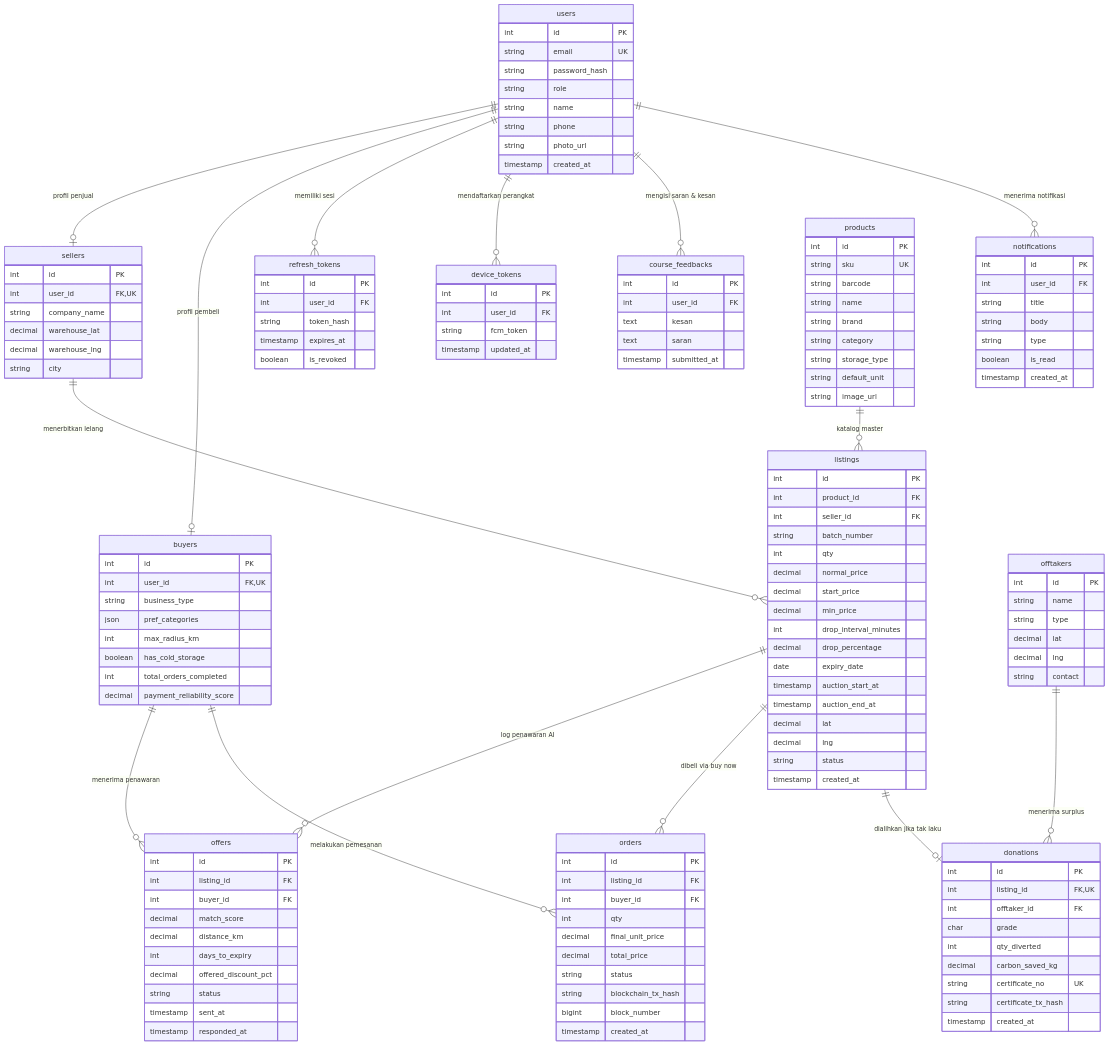
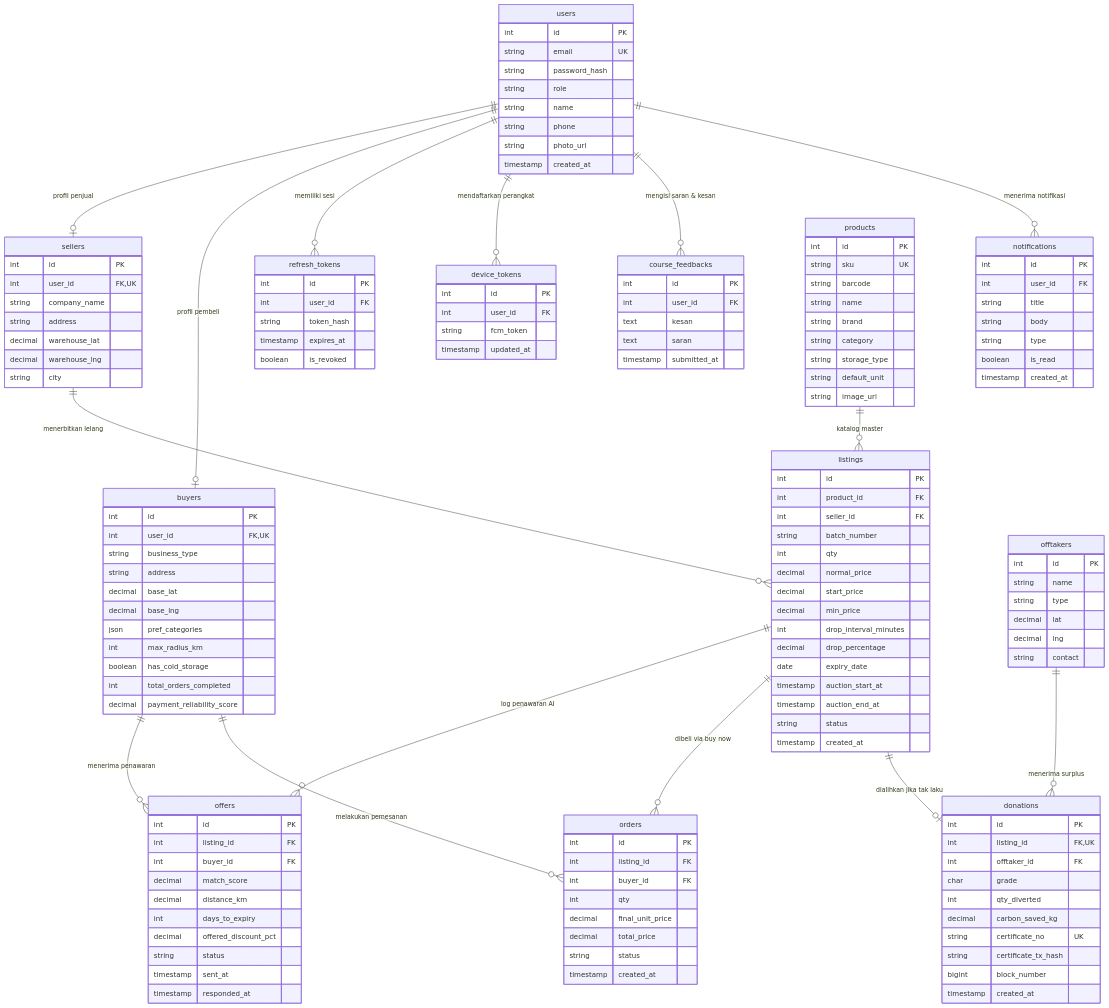
One commit to ardiw1123/recovera changed the diagram in docs/recovera-database-schema.md. Above: the diagram before and after it, drawn with Mermaid. The commit also changed other lines of this file and 86 other files, not shown here.

Commit message:
docs: update prd & schema

```diff
--- a/docs/recovera-database-schema.md
+++ b/docs/recovera-database-schema.md
@@ -49,6 +49,7 @@
         int id PK
         int user_id FK,UK
         string company_name
+        string address
         decimal warehouse_lat
         decimal warehouse_lng
         string city
@@ -58,6 +59,9 @@
         int id PK
         int user_id FK,UK
         string business_type
+        string address
+        decimal base_lat
+        decimal base_lng
         json pref_categories
         int max_radius_km
         boolean has_cold_storage
@@ -91,8 +95,6 @@
         date expiry_date
         timestamp auction_start_at
         timestamp auction_end_at
-        decimal lat
-        decimal lng
         string status
         timestamp created_at
     }
@@ -118,8 +120,6 @@
         decimal final_unit_price
         decimal total_price
         string status
-        string blockchain_tx_hash
-        bigint block_number
         timestamp created_at
     }
 
@@ -132,6 +132,7 @@
         decimal carbon_saved_kg
         string certificate_no UK
         string certificate_tx_hash
+        bigint block_number
         timestamp created_at
     }
 
```
